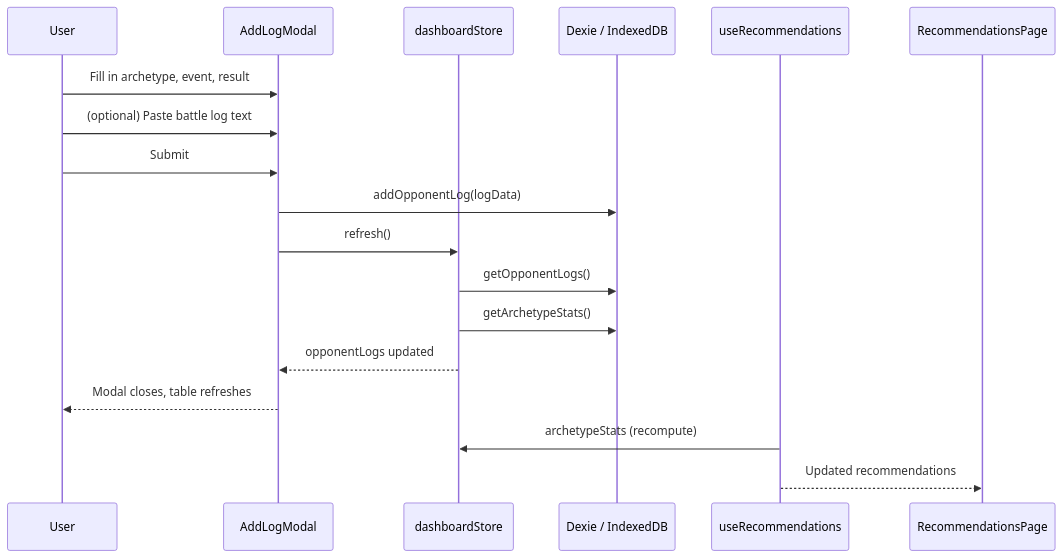
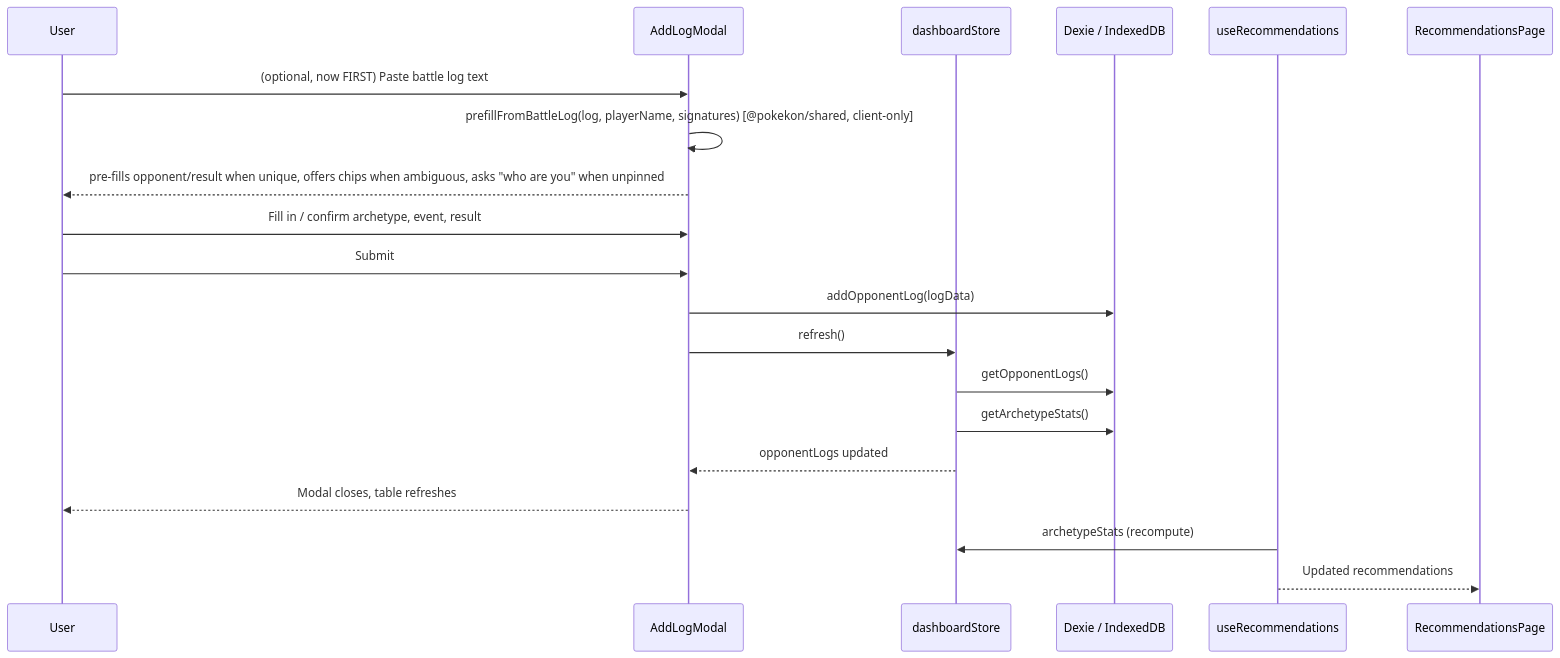
One commit to konradthiemann/Pokekon changed the second of 10 diagrams in docs/data-flow.md. Above: the diagram before and after it, drawn with Mermaid. The commit also changed other lines of this file and 6 other files, not shown here.

````diff
--- a/docs/data-flow.md
+++ b/docs/data-flow.md
@@ -44,20 +44,22 @@
 ```mermaid
 sequenceDiagram
     participant User
     participant AddLogModal
     participant Store as dashboardStore
     participant DB as Dexie / IndexedDB
     participant Hook as useRecommendations
 
-    User->>AddLogModal: Fill in archetype, event, result
-    User->>AddLogModal: (optional) Paste battle log text
+    User->>AddLogModal: (optional, now FIRST) Paste battle log text
+    AddLogModal->>AddLogModal: prefillFromBattleLog(log, playerName, signatures) [@pokekon/shared, client-only]
+    AddLogModal-->>User: pre-fills opponent/result when unique, offers chips when ambiguous, asks "who are you" when unpinned
+    User->>AddLogModal: Fill in / confirm archetype, event, result
     User->>AddLogModal: Submit
     AddLogModal->>DB: addOpponentLog(logData)
     AddLogModal->>Store: refresh()
     Store->>DB: getOpponentLogs()
     Store->>DB: getArchetypeStats()
     Store-->>AddLogModal: opponentLogs updated
     AddLogModal-->>User: Modal closes, table refreshes
     Hook->>Store: archetypeStats (recompute)
     Hook-->>RecommendationsPage: Updated recommendations
 ```
````
